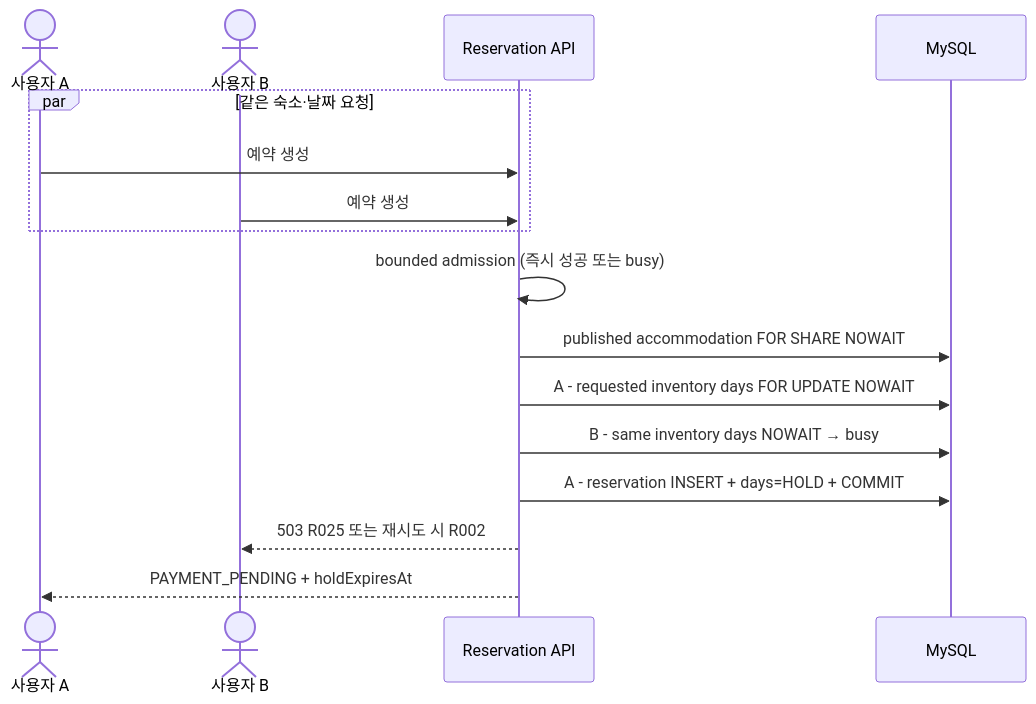
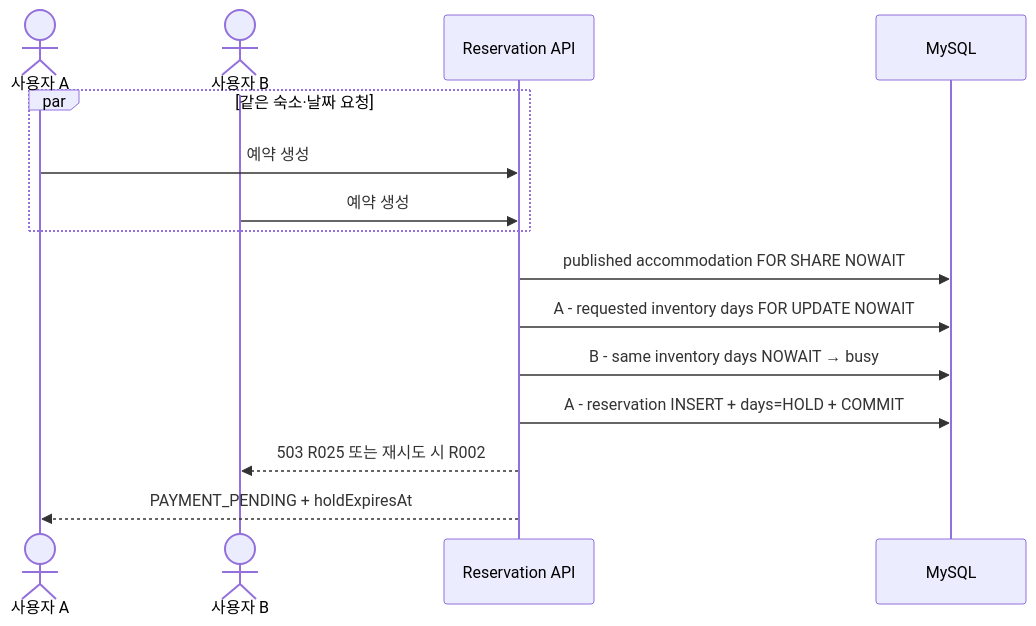
The first of 4 diagrams in README.md (eeoos/airbob), drawn with Mermaid before and after one commit. The commit also changed other lines of this file and 11 other files, not shown here.

````diff
--- a/README.md
+++ b/README.md
@@ -58,19 +56,18 @@
 ```mermaid
 sequenceDiagram
     actor A as 사용자 A
     actor B as 사용자 B
     participant API as Reservation API
     participant DB as MySQL
 
     par 같은 숙소·날짜 요청
         A->>API: 예약 생성
         B->>API: 예약 생성
     end
-    API->>API: bounded admission (즉시 성공 또는 busy)
     API->>DB: published accommodation FOR SHARE NOWAIT
     API->>DB: A - requested inventory days FOR UPDATE NOWAIT
     API->>DB: B - same inventory days NOWAIT → busy
     API->>DB: A - reservation INSERT + days=HOLD + COMMIT
     API-->>B: 503 R025 또는 재시도 시 R002
     API-->>A: PAYMENT_PENDING + holdExpiresAt
 ```
````
